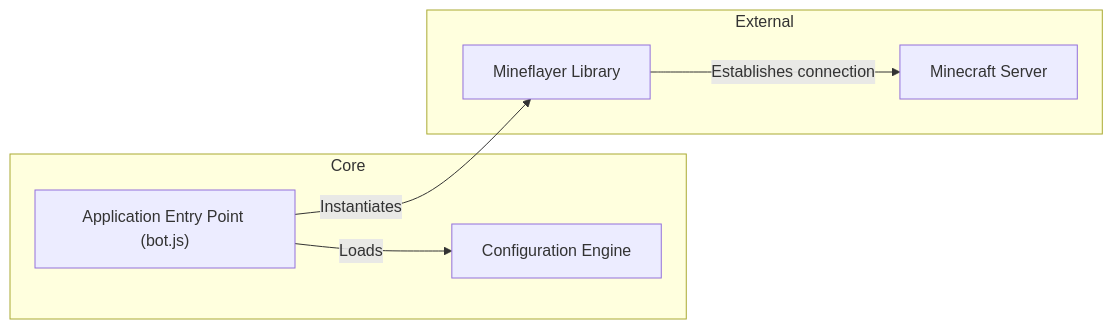
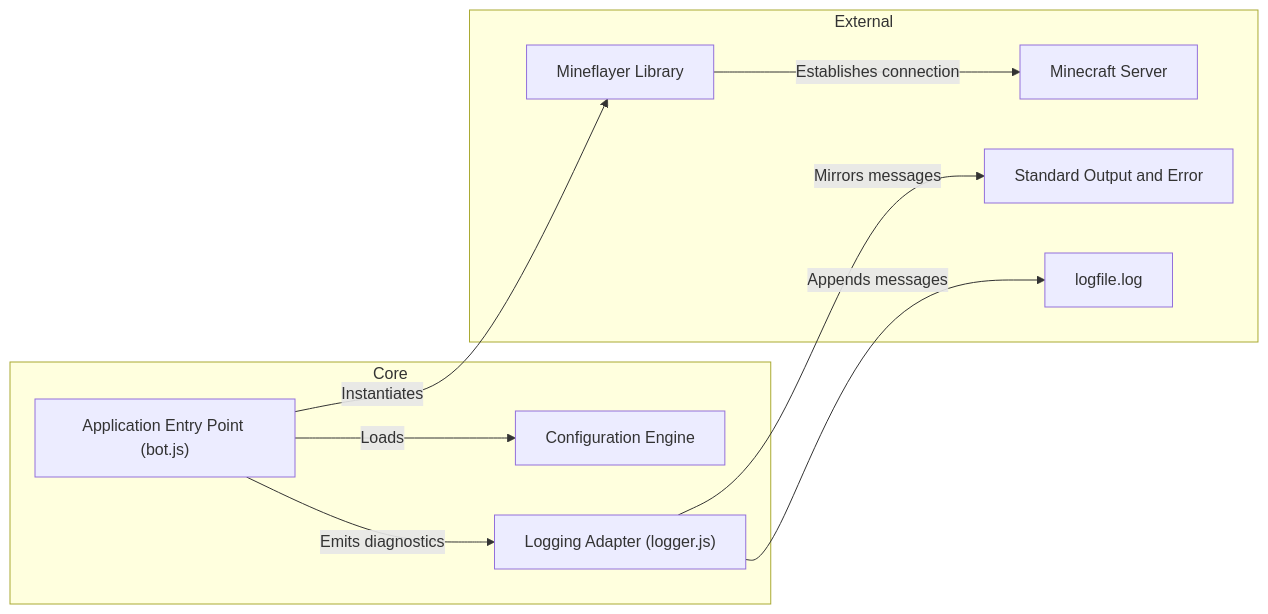
One commit to hmlendea/minecraft-afk-bot changed the second of 7 diagrams in ARCHITECTURE.md. Above: the diagram before and after it, drawn with Mermaid. The commit also changed other lines of this file and 5 other files, not shown here.

````diff
--- a/ARCHITECTURE.md
+++ b/ARCHITECTURE.md
@@ -63,14 +65,20 @@
 ```mermaid
 graph LR
     subgraph Core
         Entry["Application Entry Point (bot.js)"]
         Config["Configuration Engine"]
+      Logger["Logging Adapter (logger.js)"]
     end
     subgraph External
         Mineflayer["Mineflayer Library"]
         MCServer["Minecraft Server"]
+      Console["Standard Output and Error"]
+      LogFile["logfile.log"]
     end
     Entry -->|Loads| Config
+    Entry -->|Emits diagnostics| Logger
+    Logger -->|Mirrors messages| Console
+    Logger -->|Appends messages| LogFile
     Entry -->|Instantiates| Mineflayer
     Mineflayer -->|Establishes connection| MCServer
 ```
````
